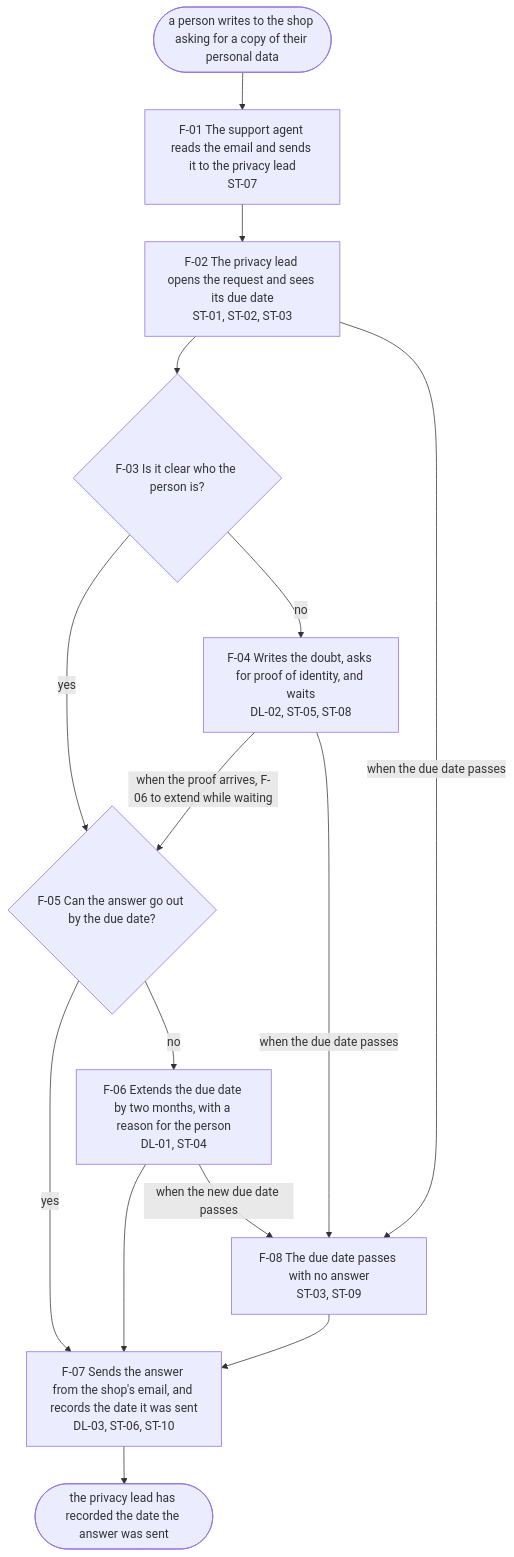
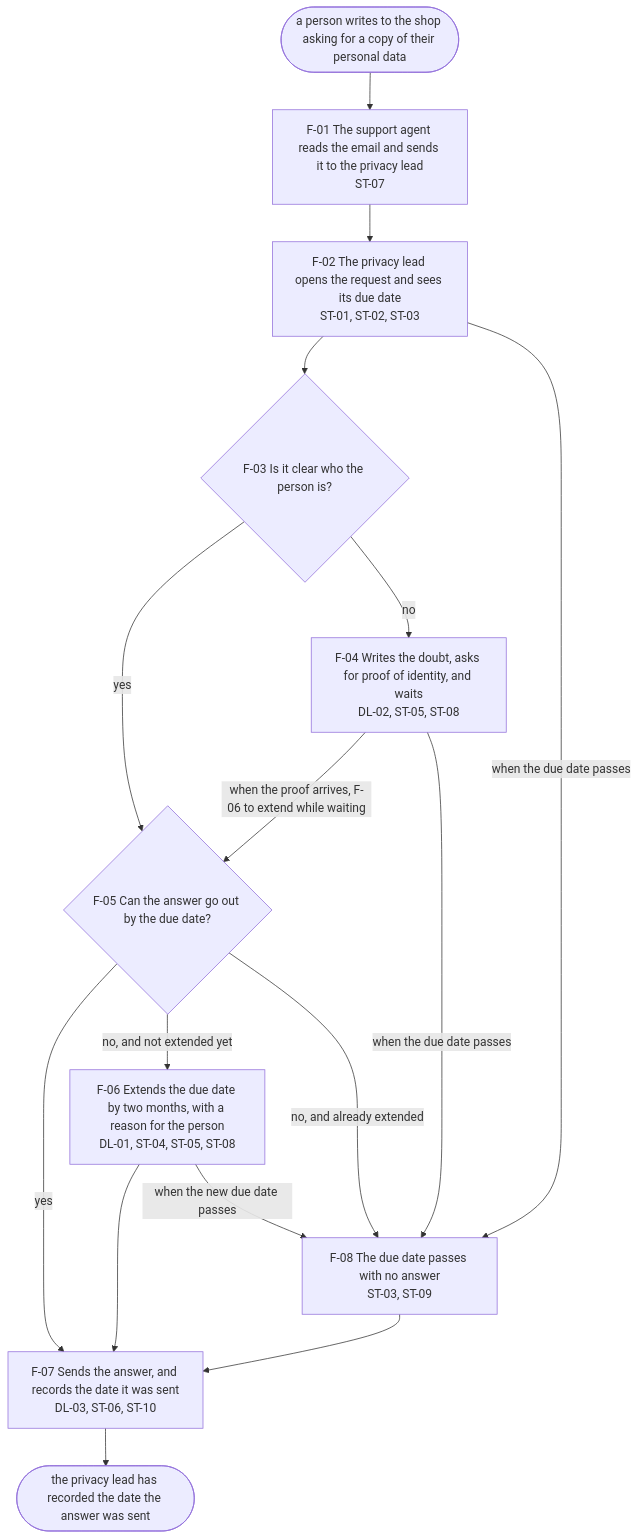
One commit to nayyymarques-eng/agentic-product-spec changed the diagram in handoff/request.md. Above: the diagram before and after it, drawn with Mermaid. The commit also changed other lines of this file and 11 other files, not shown here.

````diff
--- a/handoff/request.md
+++ b/handoff/request.md
@@ -16,26 +18,27 @@
 ```mermaid
 flowchart TD
   T(["a person writes to the shop asking for a copy of their personal data"])
   T --> F01
   F01["F-01 The support agent reads the email and sends it to the privacy lead<br/>ST-07"]
   F02["F-02 The privacy lead opens the request and sees its due date<br/>ST-01, ST-02, ST-03"]
   F03{"F-03 Is it clear who the person is?"}
   F04["F-04 Writes the doubt, asks for proof of identity, and waits<br/>DL-02, ST-05, ST-08"]
   F05{"F-05 Can the answer go out by the due date?"}
-  F06["F-06 Extends the due date by two months, with a reason for the person<br/>DL-01, ST-04"]
-  F07["F-07 Sends the answer from the shop's email, and records the date it was sent<br/>DL-03, ST-06, ST-10"]
+  F06["F-06 Extends the due date by two months, with a reason for the person<br/>DL-01, ST-04, ST-05, ST-08"]
+  F07["F-07 Sends the answer, and records the date it was sent<br/>DL-03, ST-06, ST-10"]
   F08["F-08 The due date passes with no answer<br/>ST-03, ST-09"]
   F01 --> F02
   F02 --> F03
   F02 -- "when the due date passes" --> F08
   F03 -- "yes" --> F05
   F03 -- "no" --> F04
   F04 -- "when the proof arrives, F-06 to extend while waiting" --> F05
   F04 -- "when the due date passes" --> F08
   F05 -- "yes" --> F07
-  F05 -- "no" --> F06
+  F05 -- "no, and not extended yet" --> F06
+  F05 -- "no, and already extended" --> F08
   F06 --> F07
   F06 -- "when the new due date passes" --> F08
   F07 --> E(["the privacy lead has recorded the date the answer was sent"])
   F08 --> F07
 ```
````
